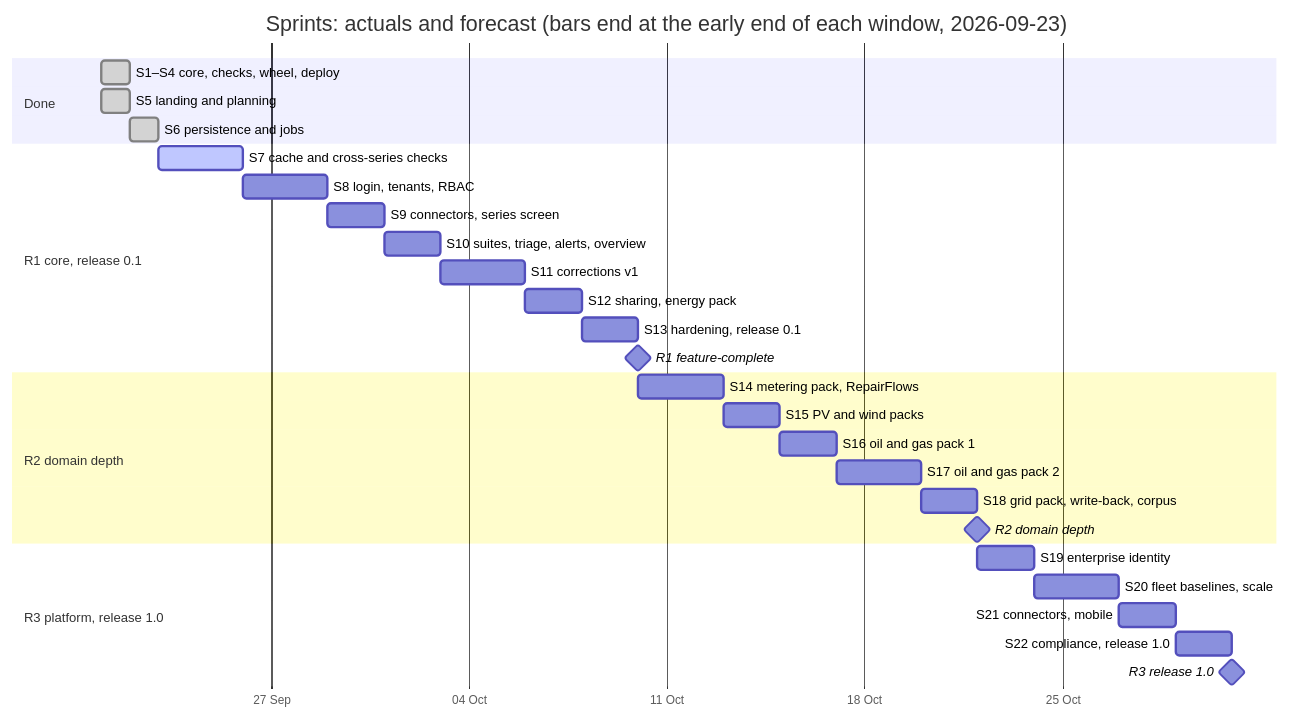
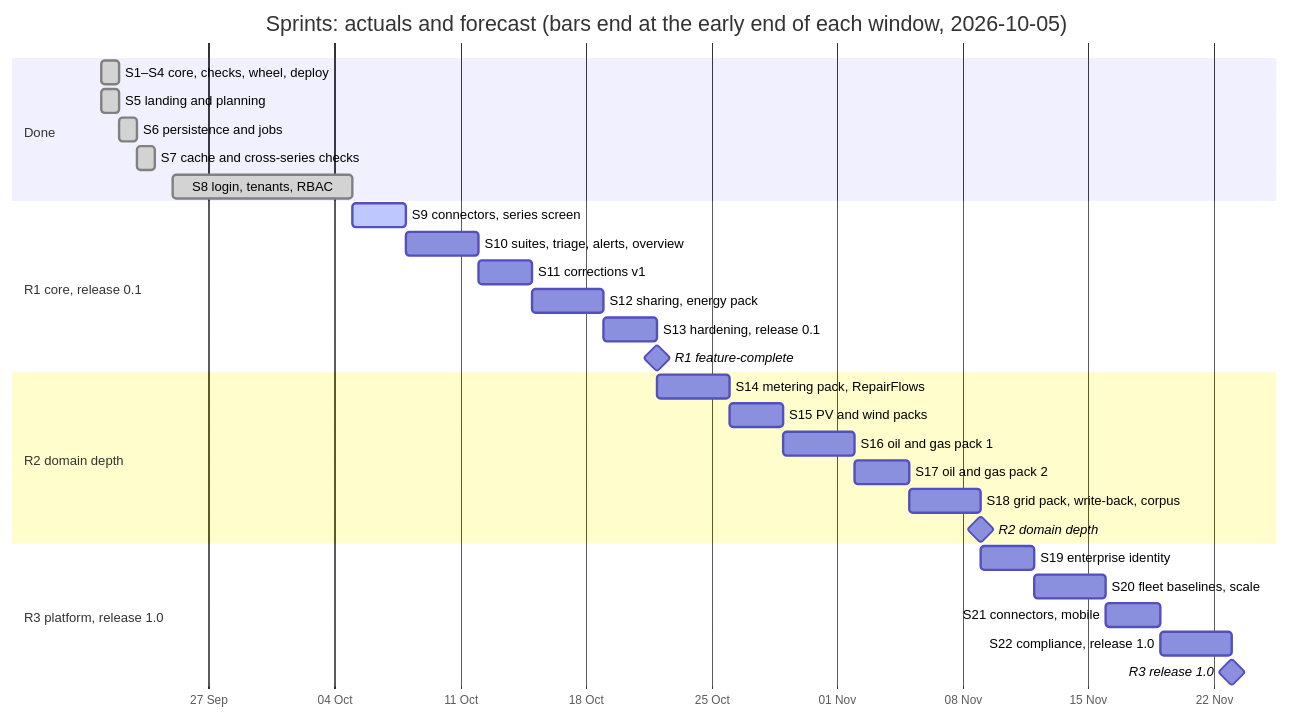
One commit to Sira-Labs/Tabayyun changed the diagram in docs/roadmap/sprints.md. Above: the diagram before and after it, drawn with Mermaid. The commit also changed other lines of this file, not shown here.

First line of the commit message:
docs(roadmap): sprint 7 and 8 actuals, forecast recomputed on 5 Oct

````diff
--- a/docs/roadmap/sprints.md
+++ b/docs/roadmap/sprints.md
@@ -53,37 +55,37 @@
 ```mermaid
 gantt
-    title Sprints: actuals and forecast (bars end at the early end of each window, 2026-09-23)
+    title Sprints: actuals and forecast (bars end at the early end of each window, 2026-10-05)
     dateFormat YYYY-MM-DD
     axisFormat %d %b
     todayMarker off
 
     section Done
     S1–S4 core, checks, wheel, deploy        :done, s4, 2026-09-21, 1d
     S5 landing and planning                  :done, s5, 2026-09-21, 2026-09-22
     S6 persistence and jobs                  :done, s6, 2026-09-22, 2026-09-23
+    S7 cache and cross-series checks         :done, s7, 2026-09-23, 2026-09-24
+    S8 login, tenants, RBAC                  :done, s8, 2026-09-25, 2026-10-05
 
     section R1 core, release 0.1
-    S7 cache and cross-series checks         :active, s7, 2026-09-23, 2026-09-26
-    S8 login, tenants, RBAC                  :s8, 2026-09-26, 2026-09-29
-    S9 connectors, series screen             :s9, 2026-09-29, 2026-10-01
-    S10 suites, triage, alerts, overview     :s10, 2026-10-01, 2026-10-03
-    S11 corrections v1                       :s11, 2026-10-03, 2026-10-06
-    S12 sharing, energy pack                 :s12, 2026-10-06, 2026-10-08
-    S13 hardening, release 0.1               :s13, 2026-10-08, 2026-10-10
-    R1 feature-complete                      :milestone, r1, 2026-10-10, 0d
+    S9 connectors, series screen             :active, s9, 2026-10-05, 2026-10-08
+    S10 suites, triage, alerts, overview     :s10, 2026-10-08, 2026-10-12
+    S11 corrections v1                       :s11, 2026-10-12, 2026-10-15
+    S12 sharing, energy pack                 :s12, 2026-10-15, 2026-10-19
+    S13 hardening, release 0.1               :s13, 2026-10-19, 2026-10-22
+    R1 feature-complete                      :milestone, r1, 2026-10-22, 0d
 
     section R2 domain depth
-    S14 metering pack, RepairFlows           :s14, 2026-10-10, 2026-10-13
-    S15 PV and wind packs                    :s15, 2026-10-13, 2026-10-15
-    S16 oil and gas pack 1                   :s16, 2026-10-15, 2026-10-17
-    S17 oil and gas pack 2                   :s17, 2026-10-17, 2026-10-20
-    S18 grid pack, write-back, corpus        :s18, 2026-10-20, 2026-10-22
-    R2 domain depth                          :milestone, r2, 2026-10-22, 0d
+    S14 metering pack, RepairFlows           :s14, 2026-10-22, 2026-10-26
+    S15 PV and wind packs                    :s15, 2026-10-26, 2026-10-29
+    S16 oil and gas pack 1                   :s16, 2026-10-29, 2026-11-02
+    S17 oil and gas pack 2                   :s17, 2026-11-02, 2026-11-05
+    S18 grid pack, write-back, corpus        :s18, 2026-11-05, 2026-11-09
+    R2 domain depth                          :milestone, r2, 2026-11-09, 0d
 
     section R3 platform, release 1.0
-    S19 enterprise identity                  :s19, 2026-10-22, 2026-10-24
-    S20 fleet baselines, scale               :s20, 2026-10-24, 2026-10-27
-    S21 connectors, mobile                   :s21, 2026-10-27, 2026-10-29
-    S22 compliance, release 1.0              :s22, 2026-10-29, 2026-10-31
-    R3 release 1.0                           :milestone, r3, 2026-10-31, 0d
+    S19 enterprise identity                  :s19, 2026-11-09, 2026-11-12
+    S20 fleet baselines, scale               :s20, 2026-11-12, 2026-11-16
+    S21 connectors, mobile                   :s21, 2026-11-16, 2026-11-19
+    S22 compliance, release 1.0              :s22, 2026-11-19, 2026-11-23
+    R3 release 1.0                           :milestone, r3, 2026-11-23, 0d
 ```
````
